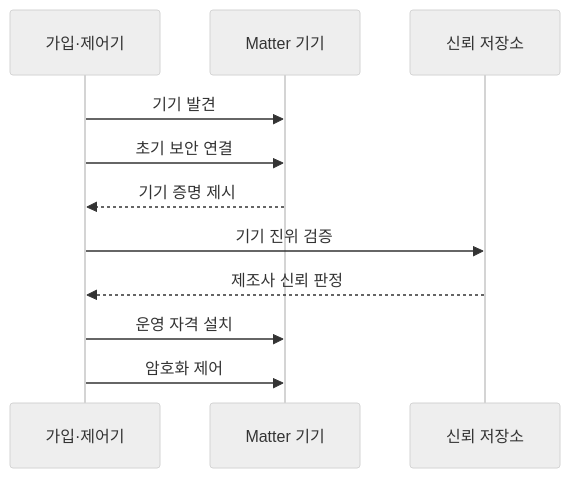
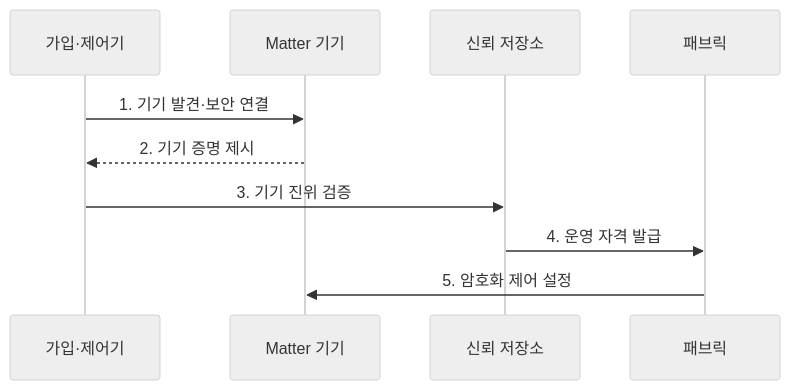
One commit to agnusdei1207/knowledge-base changed the second of 2 diagrams in src/content/docs/notes/04-network/113_smart_home_network_matter.md. Above: the diagram before and after it, drawn with Mermaid (neutral theme). The commit also changed other lines of this file and 9 other files, not shown here.

````diff
--- a/src/content/docs/notes/04-network/113_smart_home_network_matter.md
+++ b/src/content/docs/notes/04-network/113_smart_home_network_matter.md
@@ -83,13 +80,12 @@
 ```mermaid
 sequenceDiagram
   participant C as 가입·제어기
   participant D as Matter 기기
   participant T as 신뢰 저장소
-  C->>D: 기기 발견
-  C->>D: 초기 보안 연결
-  D-->>C: 기기 증명 제시
-  C->>T: 기기 진위 검증
-  T-->>C: 제조사 신뢰 판정
-  C->>D: 운영 자격 설치
-  C->>D: 암호화 제어
+  participant F as 패브릭
+  C->>D: 1. 기기 발견·보안 연결
+  D-->>C: 2. 기기 증명 제시
+  C->>T: 3. 기기 진위 검증
+  T->>F: 4. 운영 자격 발급
+  F->>D: 5. 암호화 제어 설정
 ```
````
